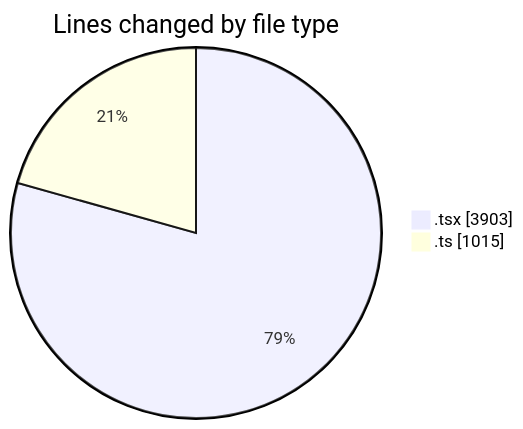
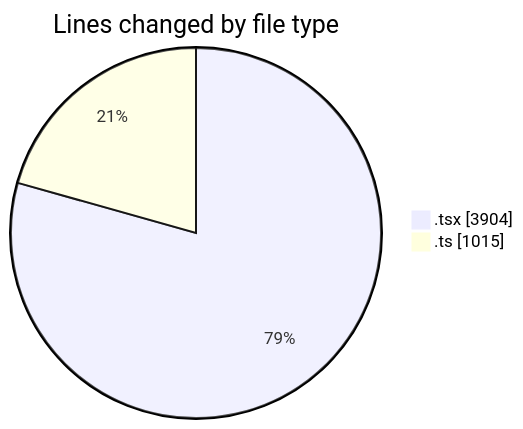
The first of 2 diagrams in 2025-07-02/cda/README.md (momahboobian/code-tracking), drawn with Mermaid before and after one commit. The commit also changed other lines of this file and 1 other file, not shown here.

````diff
--- a/2025-07-02/cda/README.md
+++ b/2025-07-02/cda/README.md
@@ -32,6 +32,6 @@
 ```mermaid
 pie showData
 title Lines changed by file type
-".tsx" : 3903
+".tsx" : 3904
 ".ts" : 1015
 ```
````
